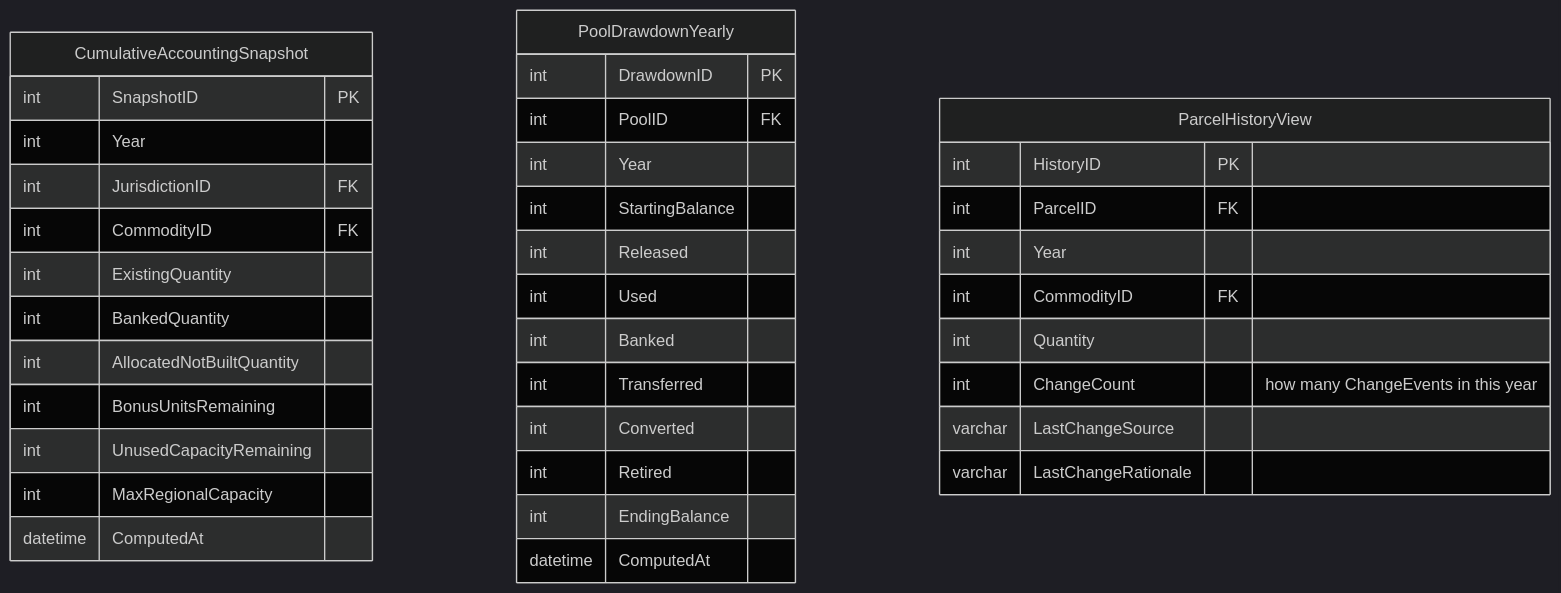
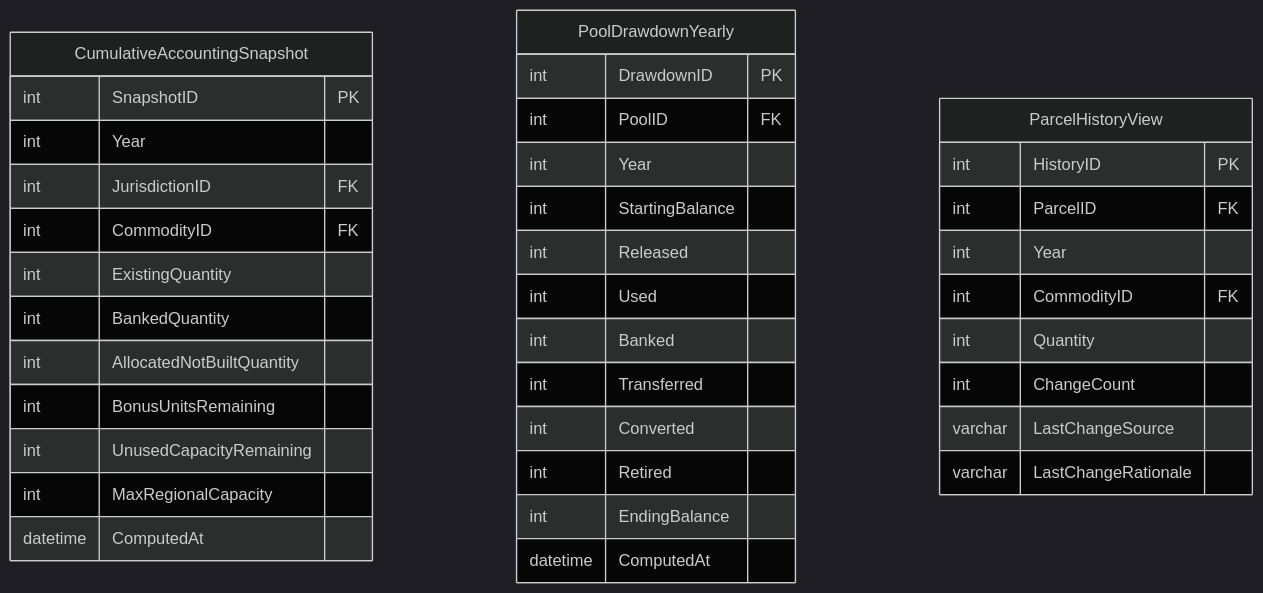
One commit to trpa-agency/Reporting changed the fifth of 5 diagrams in erd/target_schema.md. Above: the diagram before and after it, drawn with Mermaid (dark theme). The commit also changed other lines of this file and 7 other files, not shown here.

First line of the commit message:
erd: reorient around the 5-bucket proposal + add XLSX decomposition

````diff
--- a/erd/target_schema.md
+++ b/erd/target_schema.md
@@ -312,40 +317,40 @@
 ```mermaid
 erDiagram
     CumulativeAccountingSnapshot {
         int SnapshotID PK
         int Year
         int JurisdictionID FK
         int CommodityID FK
         int ExistingQuantity
         int BankedQuantity
         int AllocatedNotBuiltQuantity
         int BonusUnitsRemaining
         int UnusedCapacityRemaining
         int MaxRegionalCapacity
         datetime ComputedAt
     }
     PoolDrawdownYearly {
         int DrawdownID PK
         int PoolID FK
         int Year
         int StartingBalance
         int Released
         int Used
         int Banked
         int Transferred
         int Converted
         int Retired
         int EndingBalance
         datetime ComputedAt
     }
     ParcelHistoryView {
         int HistoryID PK
         int ParcelID FK
         int Year
         int CommodityID FK
         int Quantity
-        int ChangeCount "how many ChangeEvents in this year"
+        int ChangeCount
         varchar LastChangeSource
         varchar LastChangeRationale
     }
 ```
````
